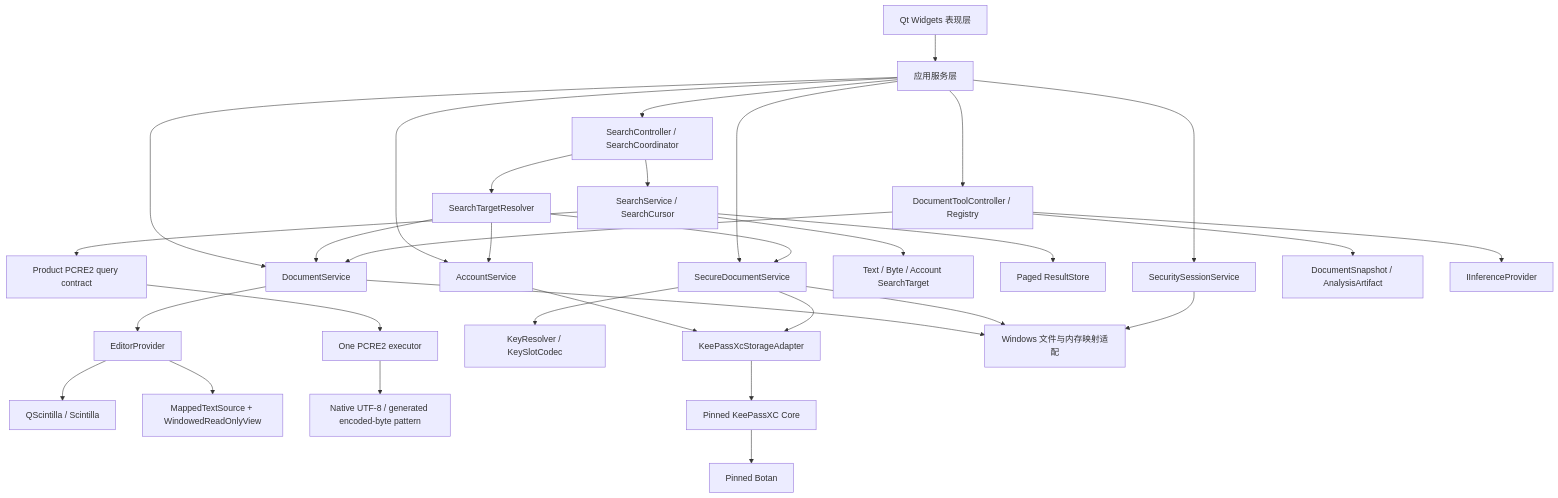
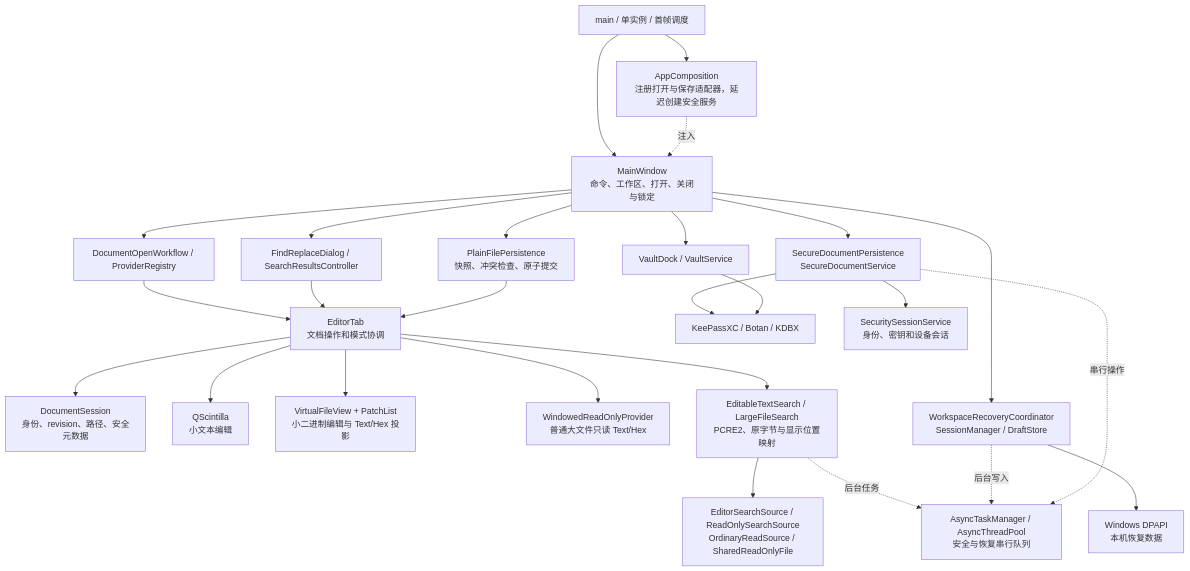
Before and after one commit to iwandac/Notepad-Safe: the diagram in docs/DESIGN.md, drawn with Mermaid. The commit also changed other lines of this file and 29 other files, not shown here.

First line of the commit message:
docs: refocus on daily-use closeout with one goals entry page

````diff
--- a/docs/DESIGN.md
+++ b/docs/DESIGN.md
@@ -110,39 +13,28 @@
 ```mermaid
-flowchart TB
-    UI["Qt Widgets 表现层"] --> APP["应用服务层"]
-    APP --> DOC["DocumentService"]
-    APP --> SEARCH["SearchController / SearchCoordinator"]
-    APP --> TOOLS["DocumentToolController / Registry"]
-    APP --> SECURE["SecureDocumentService"]
-    APP --> ACCOUNT["AccountService"]
-    APP --> SESSION["SecuritySessionService"]
-
-    DOC --> EDITOR["EditorProvider"]
-    EDITOR --> SCI["QScintilla / Scintilla"]
-    EDITOR --> MAP["MappedTextSource + WindowedReadOnlyView"]
-
-    SEARCH --> TARGET["SearchTargetResolver"]
-    TARGET --> DOC
-    TARGET --> SECURE
-    TARGET --> ACCOUNT
-    SEARCH --> ENGINE["SearchService / SearchCursor"]
-    ENGINE --> SNAP["Text / Byte / Account SearchTarget"]
-    ENGINE --> RESULT["Paged ResultStore"]
-    ENGINE --> DIALECT["Product PCRE2 query contract"]
-    DIALECT --> REGEX["One PCRE2 executor"]
-    REGEX --> SOURCES["Native UTF-8 / generated encoded-byte pattern"]
-
-    TOOLS --> DOC
-    TOOLS --> TOOLSNAP["DocumentSnapshot / AnalysisArtifact"]
-    TOOLS --> INFER["IInferenceProvider"]
-
-    SECURE --> KEY["KeyResolver / KeySlotCodec"]
-    ACCOUNT --> ADAPTER["KeePassXcStorageAdapter"]
-    SECURE --> ADAPTER
-    ADAPTER --> KPXC["Pinned KeePassXC Core"]
-    KPXC --> BOTAN["Pinned Botan"]
-
-    DOC --> PLATFORM["Windows 文件与内存映射适配"]
-    SECURE --> PLATFORM
-    SESSION --> PLATFORM
+flowchart TD
+    Entry["main / 单实例 / 首帧调度"] --> Composition["AppComposition<br/>注册打开与保存适配器，延迟创建安全服务"]
+    Entry --> Window["MainWindow<br/>命令、工作区、打开、关闭与锁定"]
+    Composition -.注入.-> Window
+    Window --> Open["DocumentOpenWorkflow / ProviderRegistry"]
+    Open --> Tab["EditorTab<br/>文档操作和模式协调"]
+    Tab --> State["DocumentSession<br/>身份、revision、路径、安全元数据"]
+    Tab --> Text["QScintilla<br/>小文本编辑"]
+    Tab --> Binary["VirtualFileView + PatchList<br/>小二进制编辑与 Text/Hex 投影"]
+    Tab --> Large["WindowedReadOnlyProvider<br/>普通大文件只读 Text/Hex"]
+    Window --> SearchUI["FindReplaceDialog / SearchResultsController"]
+    SearchUI --> Tab
+    Tab --> Search["EditableTextSearch / LargeFileSearch<br/>PCRE2、原字节与显示位置映射"]
+    Search --> Read["EditorSearchSource / ReadOnlySearchSource<br/>OrdinaryReadSource / SharedReadOnlyFile"]
+    Window --> Plain["PlainFilePersistence<br/>快照、冲突检查、原子提交"]
+    Plain --> Tab
+    Window --> Secure["SecureDocumentPersistence<br/>SecureDocumentService"]
+    Window --> Vault["VaultDock / VaultService"]
+    Secure --> Backend["KeePassXC / Botan / KDBX"]
+    Vault --> Backend
+    Secure --> Identity["SecuritySessionService<br/>身份、密钥和设备会话"]
+    Window --> Recovery["WorkspaceRecoveryCoordinator<br/>SessionManager / DraftStore"]
+    Recovery --> DPAPI["Windows DPAPI<br/>本机恢复数据"]
+    Search -.后台任务.-> Async["AsyncTaskManager / AsyncThreadPool<br/>安全与恢复串行队列"]
+    Recovery -.后台写入.-> Async
+    Secure -.串行操作.-> Async
 ```
````
